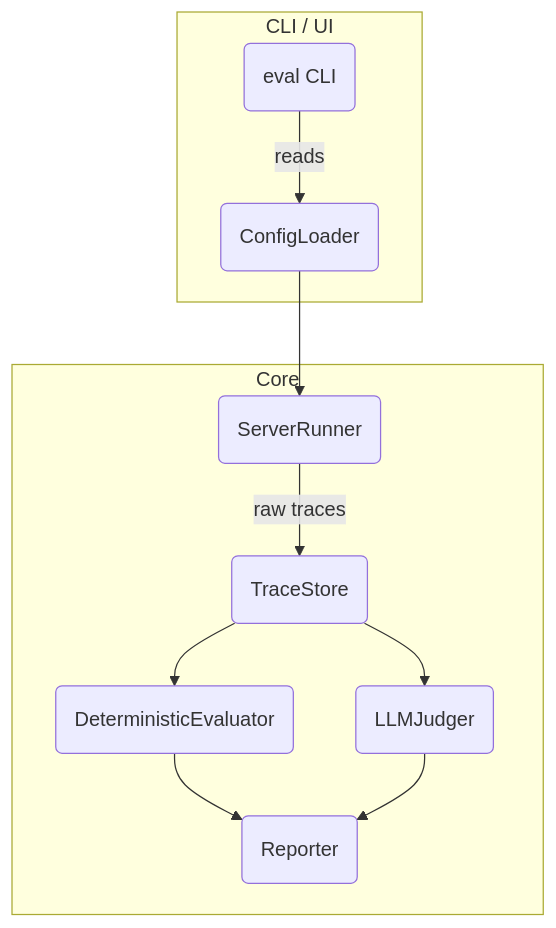
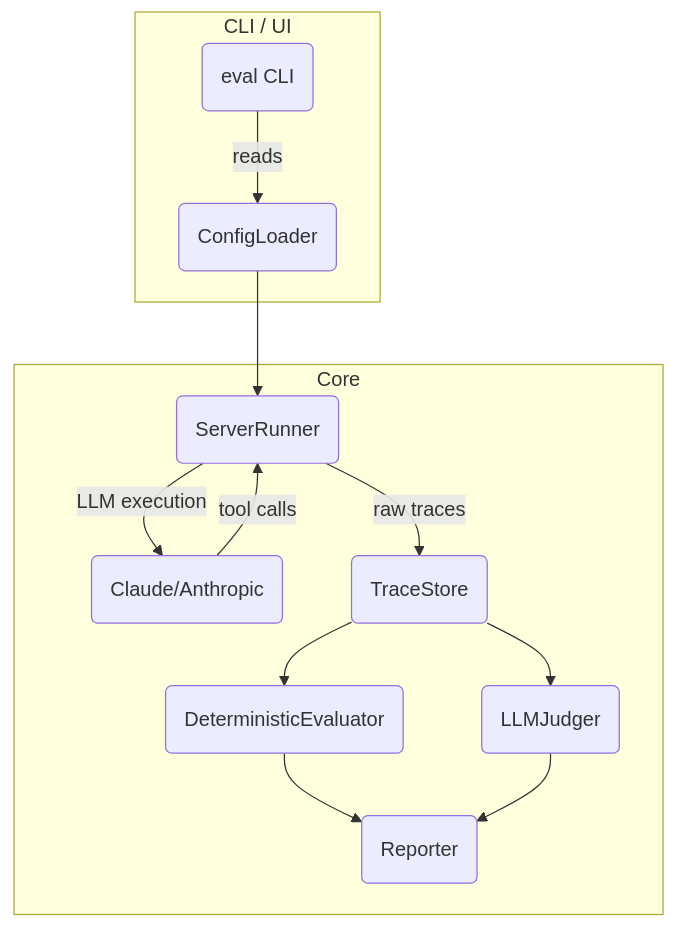
The diagram in docs/eval-library-spec.md (Kylejeong2/mcpvals), drawn with Mermaid before and after one commit. The commit also changed other lines of this file and 4 other files, not shown here.

````diff
--- a/docs/eval-library-spec.md
+++ b/docs/eval-library-spec.md
@@ -19,15 +28,17 @@
 ```mermaid
 flowchart TD
     subgraph CLI / UI
         A(eval CLI) -->|reads| B(ConfigLoader)
     end
 
     subgraph Core
         B --> C(ServerRunner)
-        C -->|raw traces| D(TraceStore)
-        D --> E(DeterministicEvaluator)
-        D --> F(LLMJudger)
-        E --> G(Reporter)
-        F --> G
+        C -->|LLM execution| D(Claude/Anthropic)
+        D -->|tool calls| C
+        C -->|raw traces| E(TraceStore)
+        E --> F(DeterministicEvaluator)
+        E --> G(LLMJudger)
+        F --> H(Reporter)
+        G --> H
     end
 ```
````
